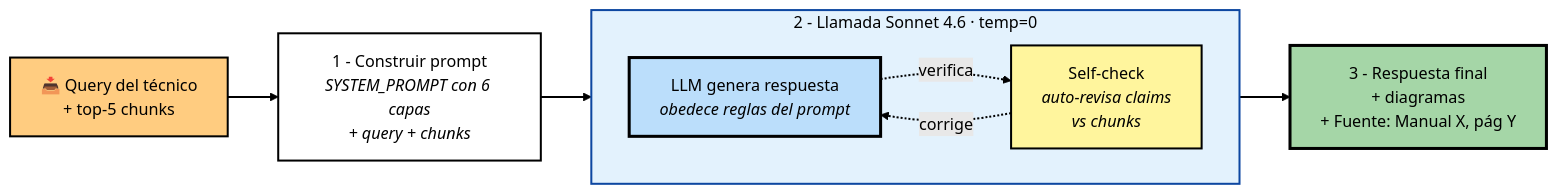
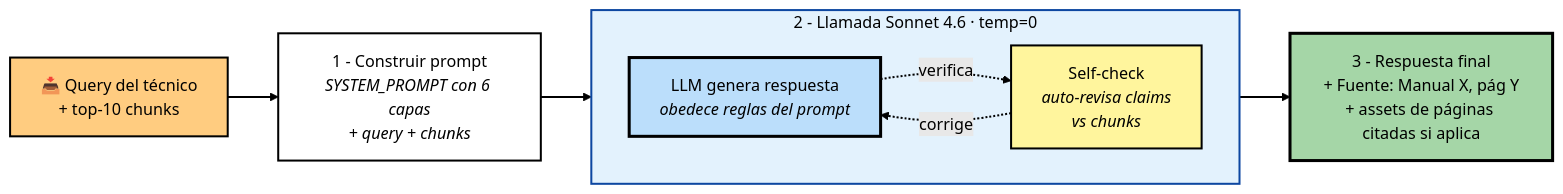
One commit to albertofontiber/technical_bot changed the sixth of 8 diagrams in docs/ARCHITECTURE.md. Above: the diagram before and after it, drawn with Mermaid (forest theme). The commit also changed other lines of this file and 61 other files, not shown here.

````diff
--- a/docs/ARCHITECTURE.md
+++ b/docs/ARCHITECTURE.md
@@ -488,23 +528,23 @@
 ```mermaid
 flowchart LR
-    In[📥 Query del técnico<br>+ top-5 chunks] --> Build[1 - Construir prompt<br><i>SYSTEM_PROMPT con 6 capas<br>+ query + chunks</i>]
+    In[📥 Query del técnico<br>+ top-10 chunks] --> Build[1 - Construir prompt<br><i>SYSTEM_PROMPT con 6 capas<br>+ query + chunks</i>]
     Build --> LLMBox
-    LLMBox --> Out[3 - Respuesta final<br>+ diagramas<br>+ Fuente: Manual X, pág Y]
+    LLMBox --> Out[3 - Respuesta final<br>+ Fuente: Manual X, pág Y<br>+ assets de páginas citadas si aplica]
 
     subgraph LLMBox["2 - Llamada Sonnet 4.6 · temp=0"]
         direction LR
         Sonnet[LLM genera respuesta<br><i>obedece reglas del prompt</i>]
         SelfCheck[Self-check<br><i>auto-revisa claims<br>vs chunks</i>]
         Sonnet -.->|verifica| SelfCheck
         SelfCheck -.->|corrige| Sonnet
     end
 
     style In fill:#ffcc80,stroke:#000000,color:#000000,stroke-width:2px
     style Build fill:#ffffff,stroke:#000000,color:#000000,stroke-width:2px
     style Sonnet fill:#bbdefb,stroke:#000000,color:#000000,stroke-width:3px
     style SelfCheck fill:#fff59d,stroke:#000000,color:#000000,stroke-width:2px
     style Out fill:#a5d6a7,stroke:#000000,color:#000000,stroke-width:3px
     style LLMBox fill:#e3f2fd,stroke:#0d47a1,color:#000000,stroke-width:2px
 
     linkStyle default stroke:#000000,stroke-width:2px
 ```
````
